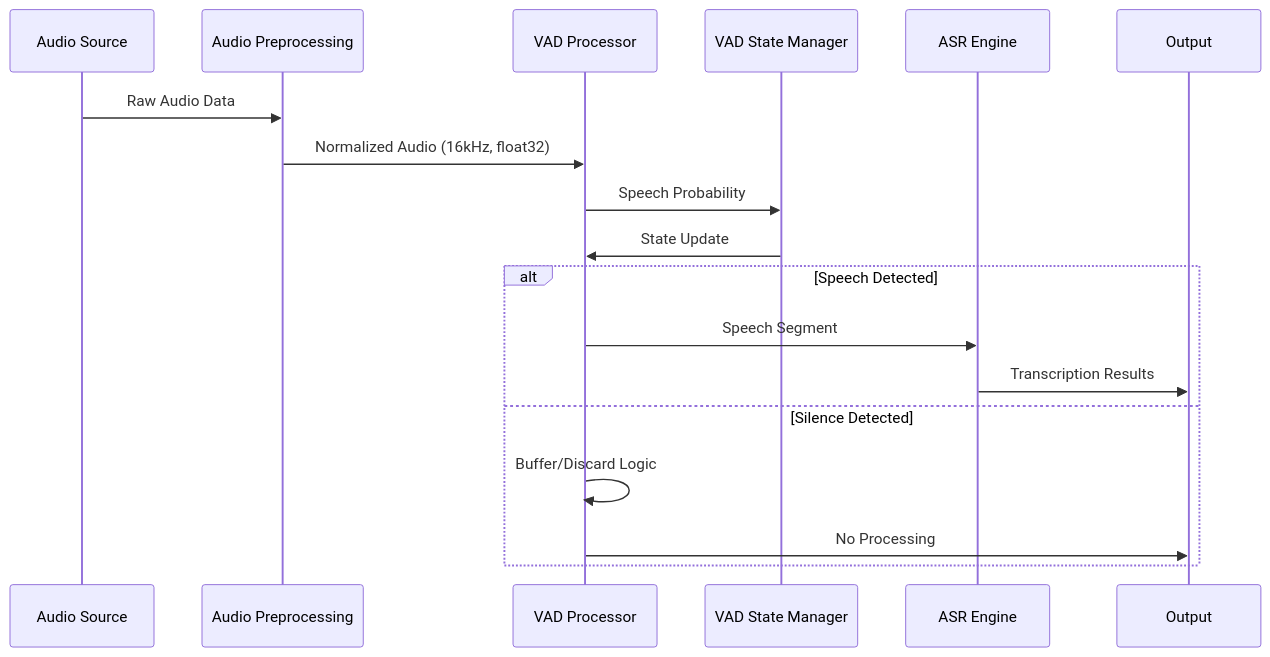
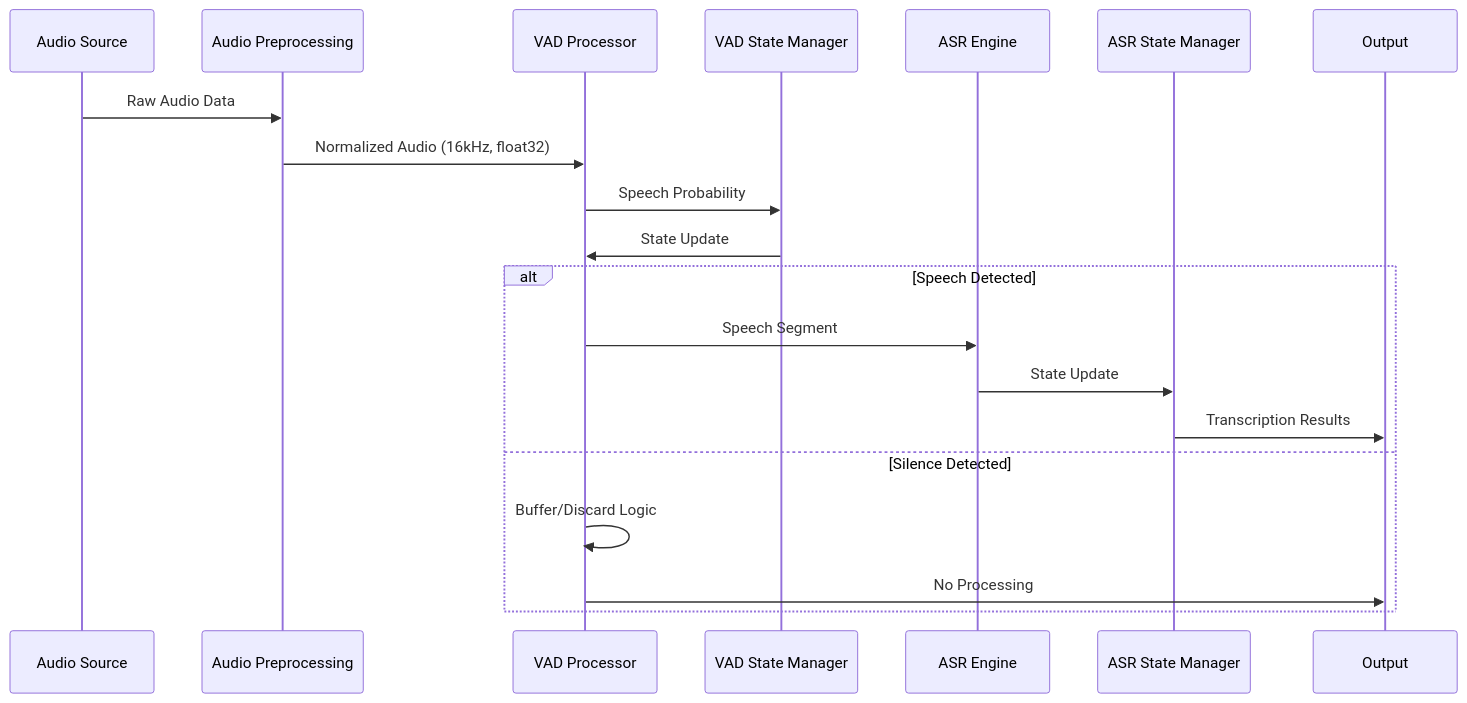
One commit to leakless21/ViStreamASR changed the third of 6 diagrams in docs/ARCHITECTURE.md. Above: the diagram before and after it, drawn with Mermaid. The commit also changed other lines of this file and 25 other files, not shown here.

````diff
--- a/docs/ARCHITECTURE.md
+++ b/docs/ARCHITECTURE.md
@@ -260,21 +432,23 @@
 ```mermaid
 sequenceDiagram
     participant A as Audio Source
     participant B as Audio Preprocessing
     participant C as VAD Processor
     participant D as VAD State Manager
     participant E as ASR Engine
-    participant F as Output
+    participant F as ASR State Manager
+    participant G as Output
 
     A->>B: Raw Audio Data
     B->>C: Normalized Audio (16kHz, float32)
     C->>D: Speech Probability
     D->>C: State Update
     alt Speech Detected
         C->>E: Speech Segment
-        E->>F: Transcription Results
+        E->>F: State Update
+        F->>G: Transcription Results
     else Silence Detected
         C->>C: Buffer/Discard Logic
-        C->>F: No Processing
+        C->>G: No Processing
     end
 ```
````
